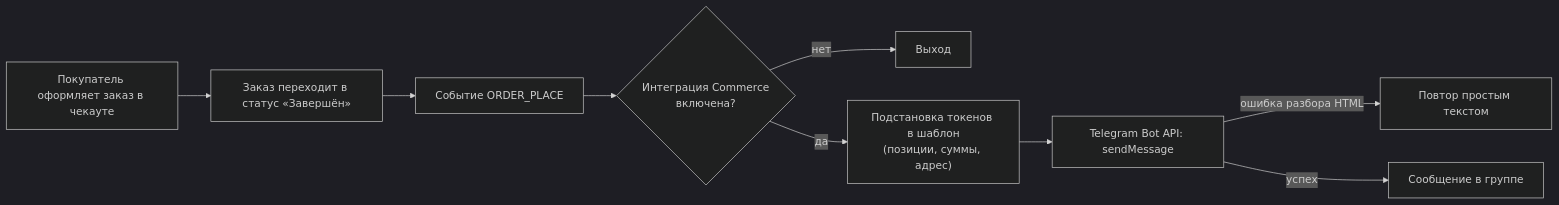
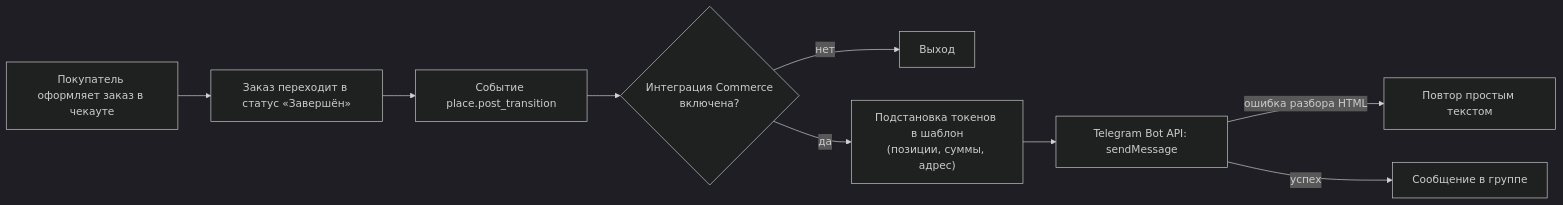
One commit to Mmitekk/drupal-commerce-to-telegram changed the diagram in README.md. Above: the diagram before and after it, drawn with Mermaid (dark theme). The commit also changed other lines of this file and 14 other files, not shown here.

First line of the commit message:
v1.0.1: fix settings saving (#tree), real place.post_transition event, escaped tag hints in admin form

````diff
--- a/README.md
+++ b/README.md
@@ -134,11 +136,11 @@
 ```mermaid
 flowchart LR
     A["Покупатель оформляет заказ в чекауте"] --> B["Заказ переходит в статус «Завершён»"]
-    B --> C["Событие ORDER_PLACE"]
+    B --> C["Событие place.post_transition"]
     C --> D{"Интеграция Commerce<br>включена?"}
     D -- "нет" --> E["Выход"]
     D -- "да" --> F["Подстановка токенов в шаблон<br>(позиции, суммы, адрес)"]
     F --> G["Telegram Bot API: sendMessage"]
     G -- "ошибка разбора HTML" --> H["Повтор простым текстом"]
     G -- "успех" --> I["Сообщение в группе"]
 ```
````
